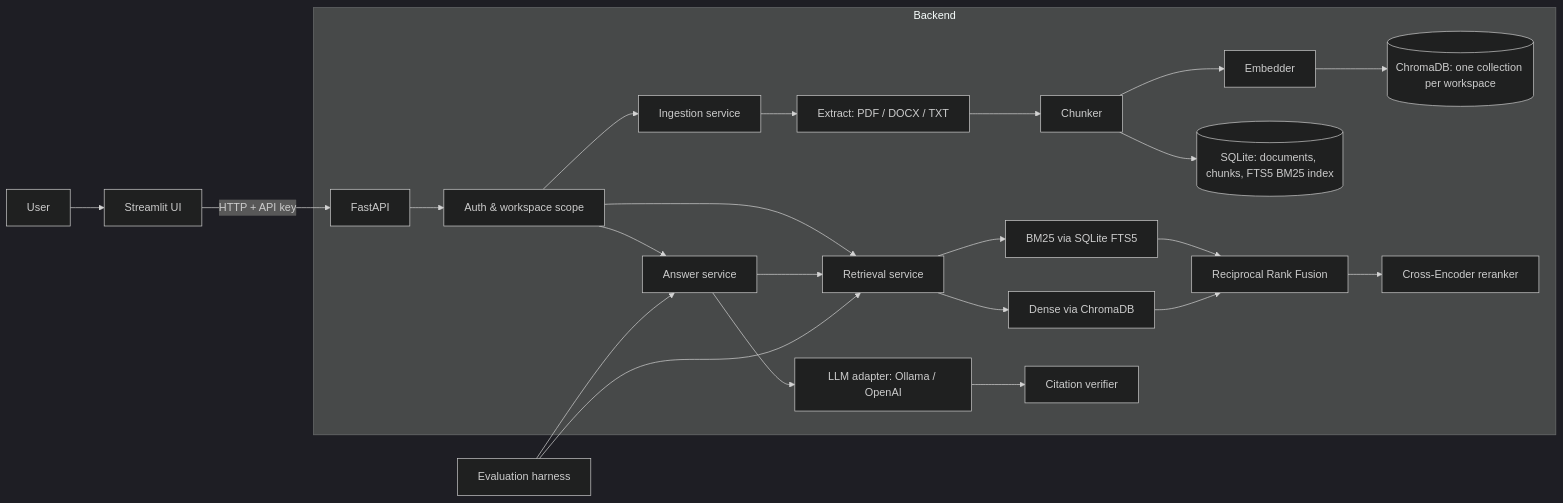
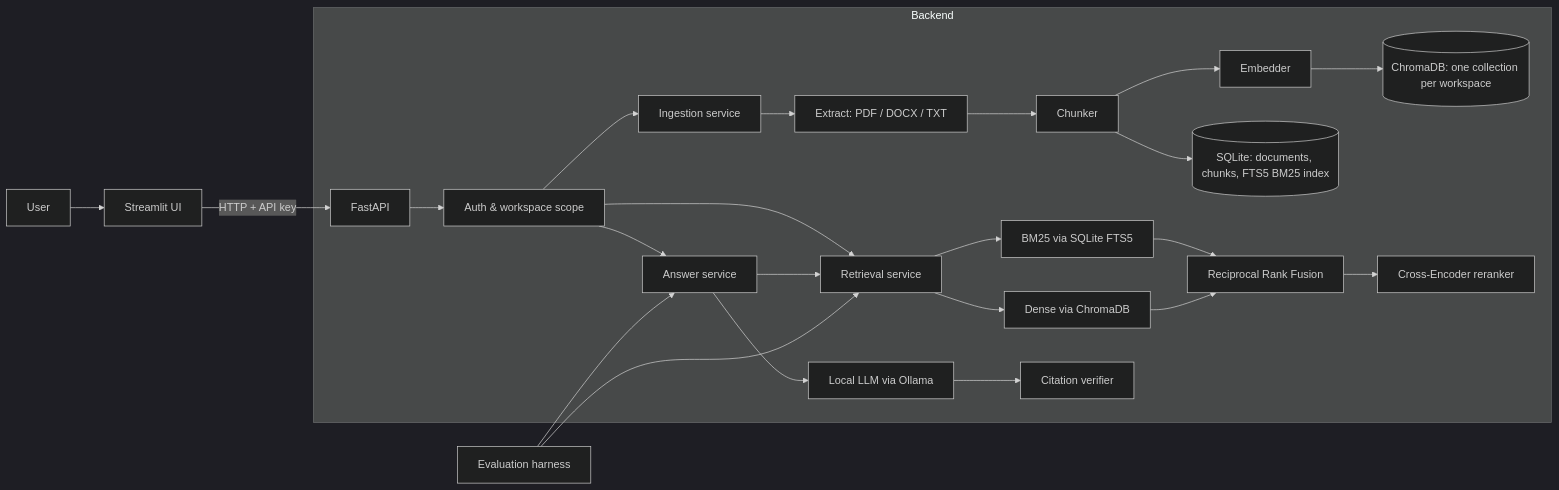
One commit to maksudaakhtertumpa/enterprise-knowledge-ai changed the diagram in docs/ARCHITECTURE.md. Above: the diagram before and after it, drawn with Mermaid (dark theme). The commit also changed other lines of this file and 47 other files, not shown here.

Commit message:
Phase 5: grounded answers with verified citations (local LLM, $0)

````diff
--- a/docs/ARCHITECTURE.md
+++ b/docs/ARCHITECTURE.md
@@ -7,31 +7,31 @@
 ```mermaid
 flowchart LR
     U[User] --> UI[Streamlit UI]
     UI -->|HTTP + API key| API[FastAPI]
 
     subgraph Backend
         API --> AUTH[Auth & workspace scope]
         AUTH --> ING[Ingestion service]
         AUTH --> RET[Retrieval service]
         AUTH --> QA[Answer service]
 
         ING --> EXT[Extract: PDF / DOCX / TXT]
         EXT --> CH[Chunker]
         CH --> EMB[Embedder]
         CH --> SQL[(SQLite: documents, chunks, FTS5 BM25 index)]
         EMB --> VDB[(ChromaDB: one collection per workspace)]
 
         RET --> BM25[BM25 via SQLite FTS5]
         RET --> DENSE[Dense via ChromaDB]
         BM25 --> RRF[Reciprocal Rank Fusion]
         DENSE --> RRF
         RRF --> RR[Cross-Encoder reranker]
 
         QA --> RET
-        QA --> LLM[LLM adapter: Ollama / OpenAI]
+        QA --> LLM[Local LLM via Ollama]
         LLM --> CV[Citation verifier]
     end
 
     EVAL[Evaluation harness] --> RET
     EVAL --> QA
 ```
````
